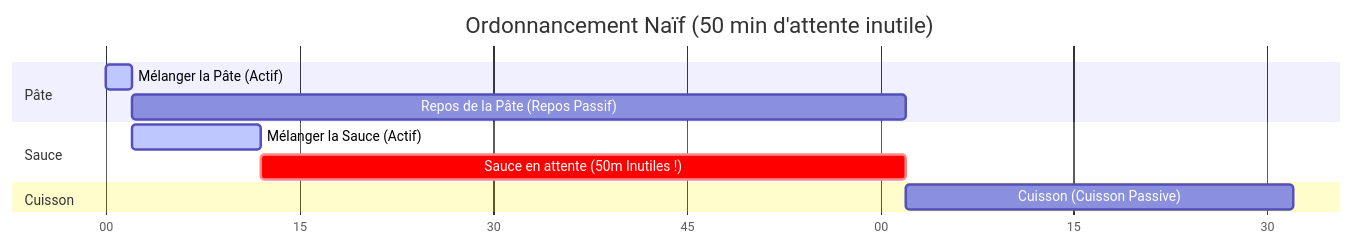
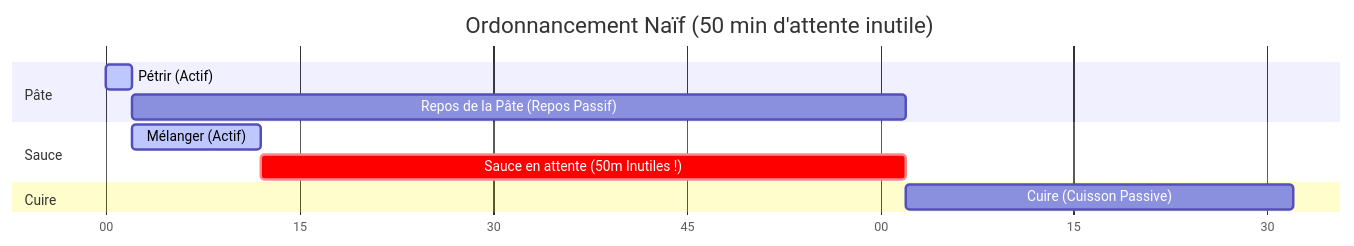
Before and after one commit to gram-lang/gram: the first of 3 diagrams in packages/docs/src/fr/explanation/alap-scheduling.md, drawn with Mermaid. The commit also changed other lines of this file and 3 other files, not shown here.

````diff
--- a/packages/docs/src/fr/explanation/alap-scheduling.md
+++ b/packages/docs/src/fr/explanation/alap-scheduling.md
@@ -19,17 +21,17 @@
 ```mermaid
 gantt
     title Ordonnancement Naïf (50 min d'attente inutile)
     dateFormat  m
     axisFormat %M
     
     section Pâte
-    Mélanger la Pâte (Actif)            : active, a1, 0, 2m
+    Pétrir (Actif)                      : active, a1, 0, 2m
     Repos de la Pâte (Repos Passif)     : a2, after a1, 60m
     
     section Sauce
-    Mélanger la Sauce (Actif)           : active, a3, after a1, 10m
+    Mélanger (Actif)                    : active, a3, after a1, 10m
     Sauce en attente (50m Inutiles !)   : crit, a4, after a3, 50m
     
-    section Cuisson
-    Cuisson (Cuisson Passive)           : a5, after a2, 30m
+    section Cuire
+    Cuire (Cuisson Passive)             : a5, after a2, 30m
 ```
````
